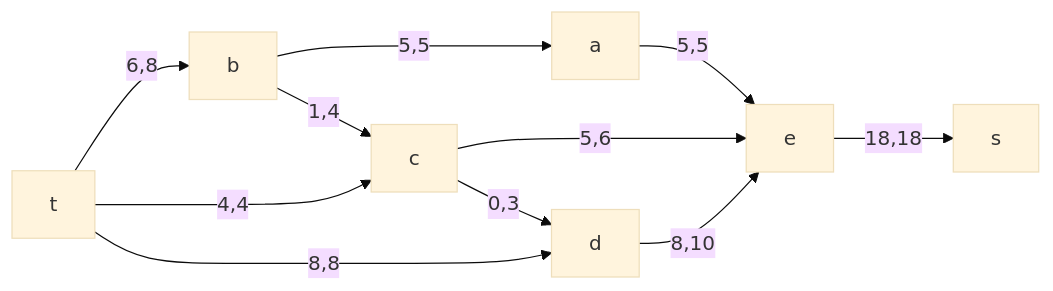
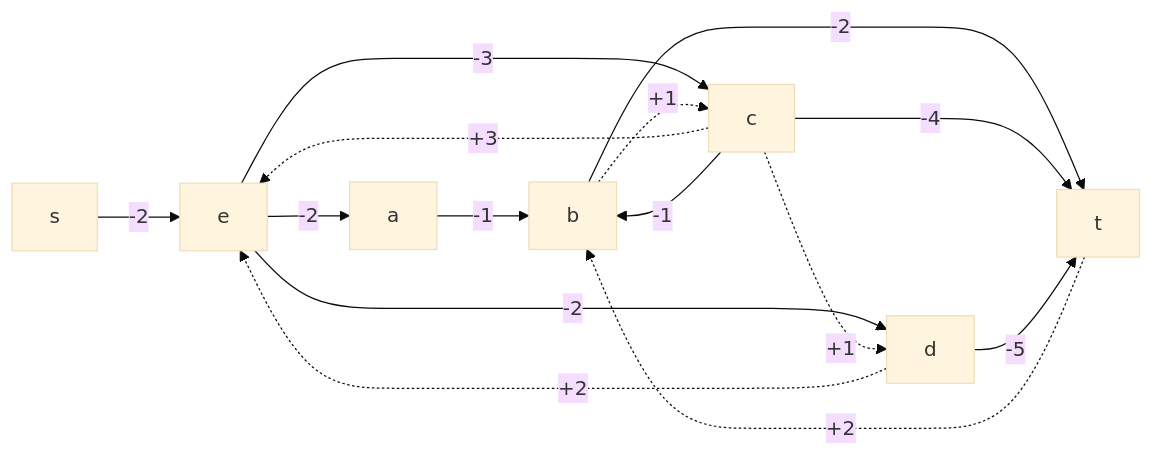
One commit to hse-algo-24-raven/manual-tasks-raven changed the seventh of 14 diagrams in task-10/pustobek.md. Above: the diagram before and after it, drawn with Mermaid (base theme).

````diff
--- a/task-10/pustobek.md
+++ b/task-10/pustobek.md
@@ -141,13 +141,17 @@
 ```mermaid
 graph LR
-    e-->|18,18|s
-    a-->|5,5|e
-    c-->|5,6|e
-    d-->|8,10|e
-    b-->|5,5|a
-    b-->|1,4|c
-    c-->|0,3|d
-    t-->|6,8|b
-    t-->|4,4|c
-    t-->|8,8|d
+    s-->|-2|e
+    e-->|-2|a
+    c-.->|+3|e
+    e-->|-3|c
+    d-.->|+2|e
+    e-->|-2|d
+    a-->|-1|b
+    b-.->|+1|c
+    c-->|-1|b
+    c-.->|+1|d
+    b-->|-2|t
+    t-.->|+2|b
+    c-->|-4|t
+    d-->|-5|t
 ```
````
